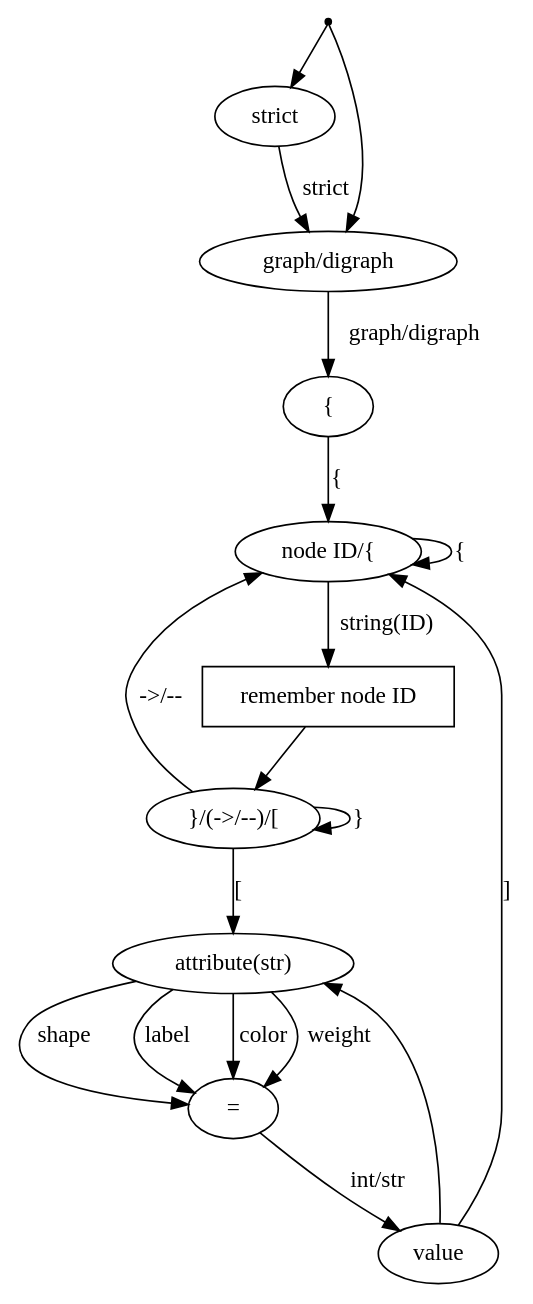
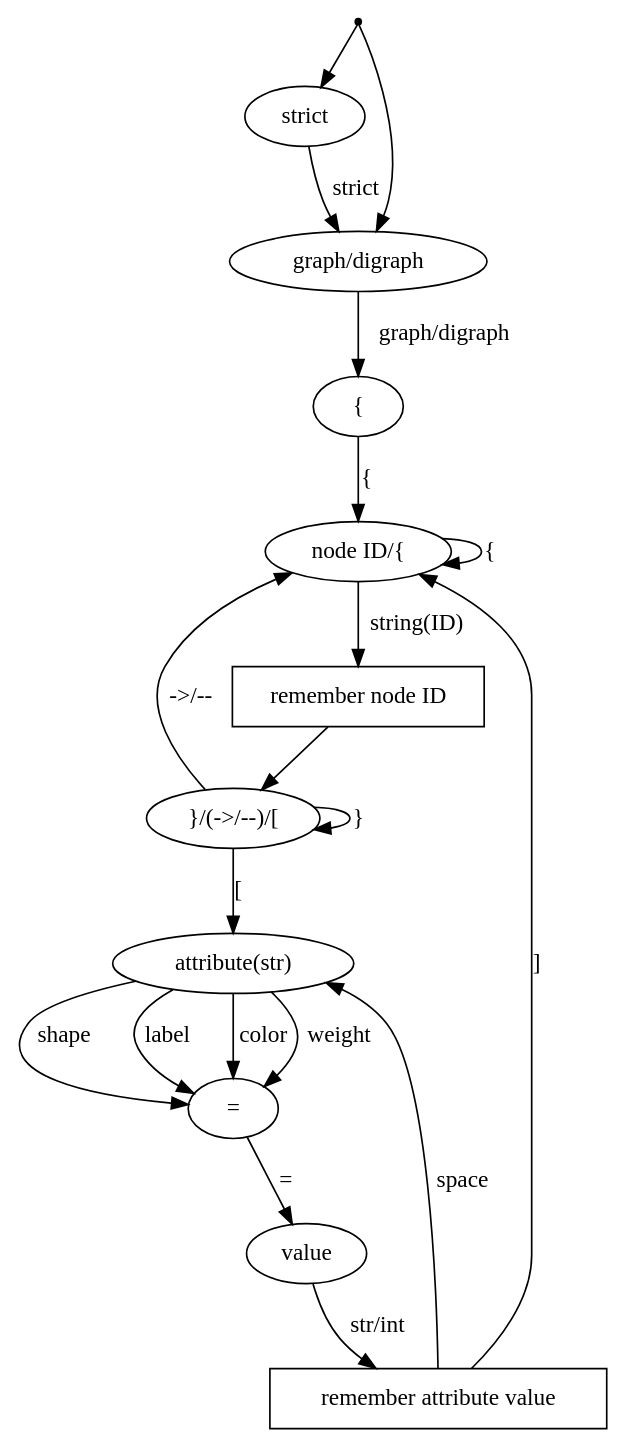
One commit to AshFungor/graph-serializer changed the diagram in data/proposal/lexemes.gv. Above: the diagram before and after it, drawn with Graphviz.

Commit message:
little change attribute input in lexemes graph

```diff
--- a/data/proposal/lexemes.gv
+++ b/data/proposal/lexemes.gv
@@ -1,39 +1,42 @@
 digraph {
 	entrypoint [shape = "point"]
 	strict_node [shape = "ellipse" label = "strict"]
 	graph_digraph [shape = "ellipse" label = "graph/digraph"]
 	entrypoint -> {strict_node graph_digraph} 
 	strict_node -> graph_digraph [label="strict"]
 
 
 	open_curly_bracket [shape = "ellipse" label = "{"]
 	after_node_id [shape = "ellipse" label = "}/(->/--)/["]
 	node_id [shape = "ellipse" label = "node ID/{"]
 	graph_digraph -> open_curly_bracket [label="graph/digraph"]
 	open_curly_bracket -> node_id [label="{"]
 	node_id -> node_id [label="{"]
 
 
 	remember_node_ID [shape="box" label="remember node ID"]
 	node_id -> remember_node_ID [label="string(ID)"]
 
 
 	attr [shape = "ellipse" label = "attribute(str)"]
 	remember_node_ID -> after_node_id
 	after_node_id -> node_id [label="->/--"]
 	after_node_id -> after_node_id [label="}"]
 	after_node_id -> attr [label="["] 
 
 
 	equal [shape = "ellipse" label = "="]
 	attr -> equal [label="shape"]
 	attr -> equal [label="label"]
 	attr -> equal [label="color"]
 	attr -> equal [label="weight"]
 
 
 	attr_value [shape = "ellipse" label = "value"]
-	equal -> attr_value [label="int/str"]
-	attr_value -> attr [label=""]
-	attr_value -> node_id [label="]"]
+	equal -> attr_value [label="="]
+
+	remember_attr_value [shape="box" label="remember attribute value"]
+	attr_value -> remember_attr_value [label="str/int"] 
+	remember_attr_value -> attr [label="space"]
+	remember_attr_value -> node_id [label="]"]
 }
```
